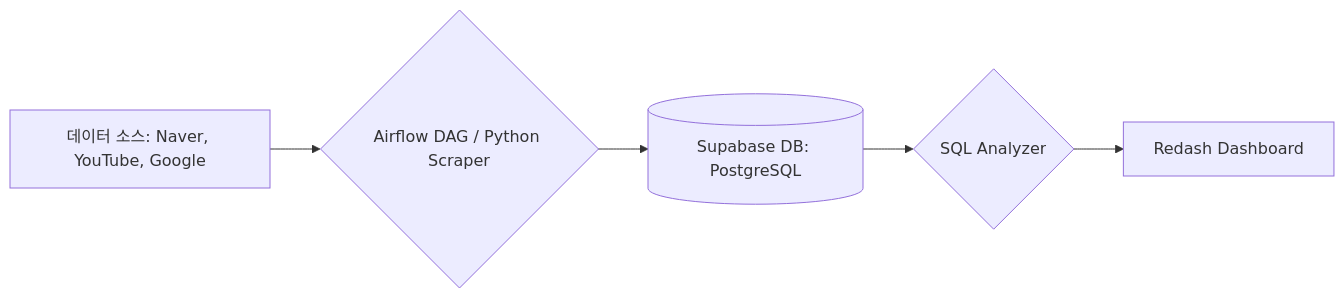
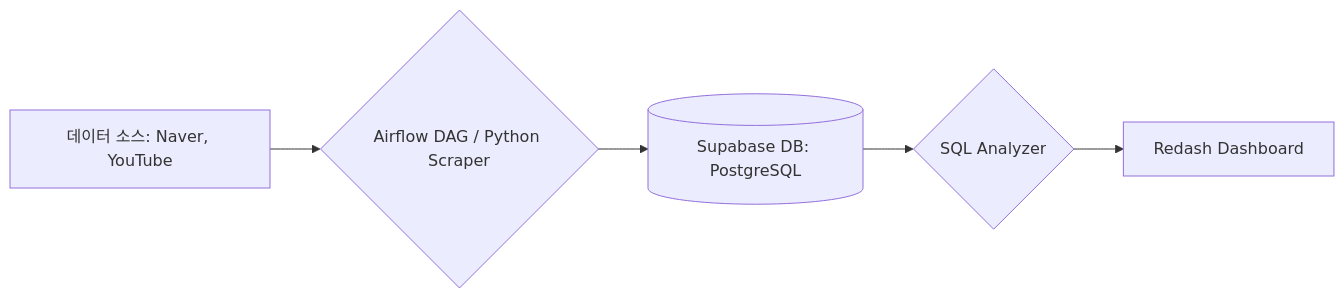
Before and after one commit to SJBiber/kdt_woongin: the diagram in team_project/주제선정안_final.md, drawn with Mermaid. The commit also changed other lines of this file and 3 other files, not shown here.

````diff
--- a/team_project/주제선정안_final.md
+++ b/team_project/주제선정안_final.md
@@ -49,7 +49,7 @@
 ```mermaid
 graph LR
-    A[데이터 소스: Naver, YouTube, Google] --> B{Airflow DAG / Python Scraper}
+    A[데이터 소스: Naver, YouTube] --> B{Airflow DAG / Python Scraper}
     B --> C[(Supabase DB: PostgreSQL)]
     C --> D{SQL Analyzer}
     D --> E[Redash Dashboard]
 ```
````
